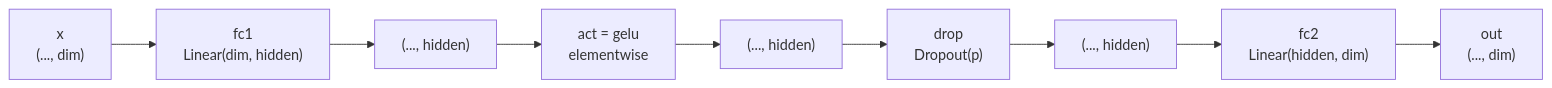
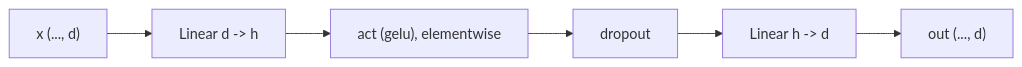
Before and after one commit to tanmaniac/nanovision: the second of 3 diagrams in assignments/a00_harness/README.md, drawn with Mermaid. The commit also changed other lines of this file and 68 other files, not shown here.

````diff
--- a/assignments/a00_harness/README.md
+++ b/assignments/a00_harness/README.md
@@ -147,11 +127,8 @@
 ```mermaid
 flowchart LR
-    X["x<br/>(..., dim)"] --> F1["fc1<br/>Linear(dim, hidden)"]
-    F1 --> H1["(..., hidden)"]
-    H1 --> ACT["act = gelu<br/>elementwise"]
-    ACT --> H2["(..., hidden)"]
-    H2 --> DR["drop<br/>Dropout(p)"]
-    DR --> H3["(..., hidden)"]
-    H3 --> F2["fc2<br/>Linear(hidden, dim)"]
-    F2 --> Y["out<br/>(..., dim)"]
+    X["x (..., d)"] --> F1["Linear d -> h"]
+    F1 --> ACT["act (gelu), elementwise"]
+    ACT --> DR["dropout"]
+    DR --> F2["Linear h -> d"]
+    F2 --> Y["out (..., d)"]
 ```
````
